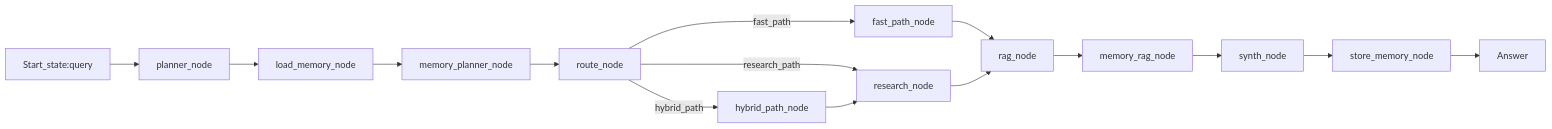
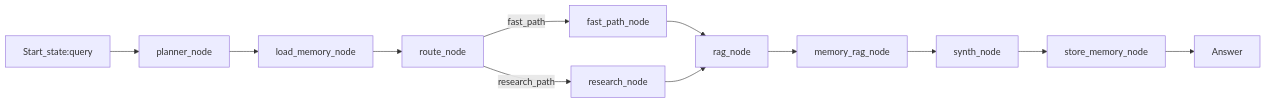
Before and after one commit to Revlis15/Chatbot: the second of 2 diagrams in SYSTEM_OVERVIEW.md, drawn with Mermaid. The commit also changed other lines of this file and 11 other files, not shown here.

````diff
--- a/SYSTEM_OVERVIEW.md
+++ b/SYSTEM_OVERVIEW.md
@@ -166,17 +134,14 @@
 ```mermaid
 flowchart LR
   start[Start_state:query] --> planner[planner_node]
   planner --> memLoad[load_memory_node]
-  memLoad --> memPlan[memory_planner_node]
-  memPlan --> router[route_node]
+  memLoad --> router[route_node]
   router -->|fast_path| fast[fast_path_node]
-  router -->|hybrid_path| hybrid[hybrid_path_node]
   router -->|research_path| research[research_node]
   fast --> rag[rag_node]
-  hybrid --> research
   research --> rag
   rag --> memRag[memory_rag_node]
   memRag --> synth[synth_node]
   synth --> memStore[store_memory_node]
   memStore --> endNode[Answer]
 ```
````
